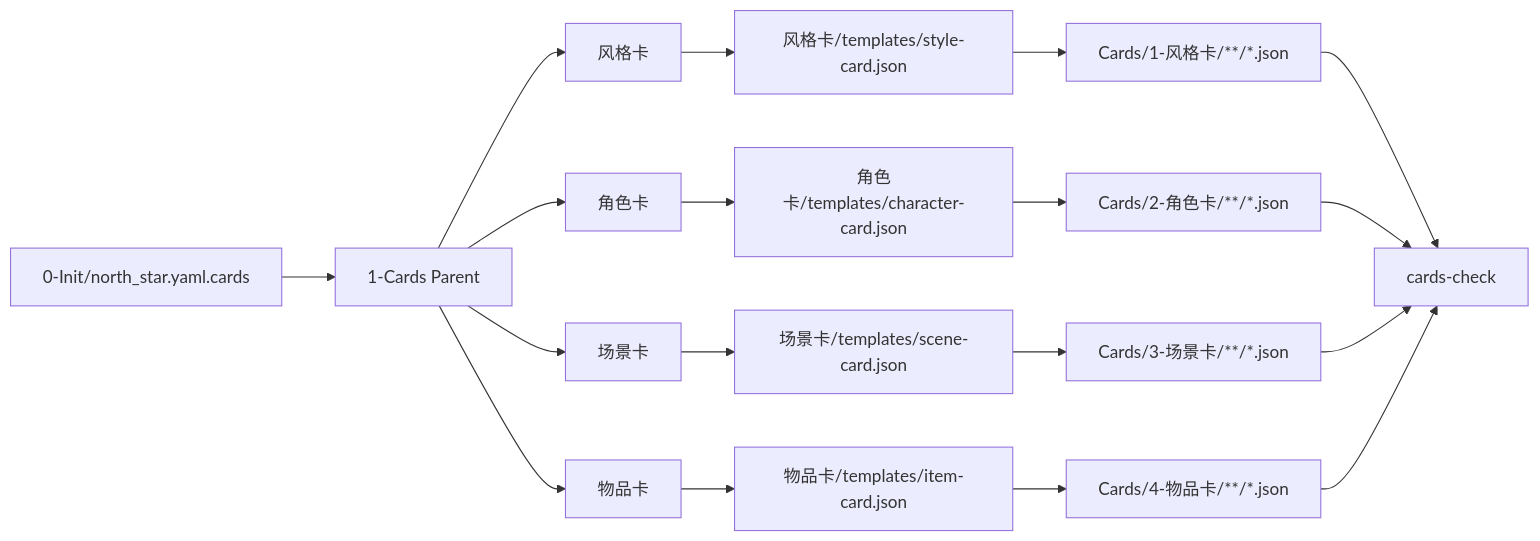
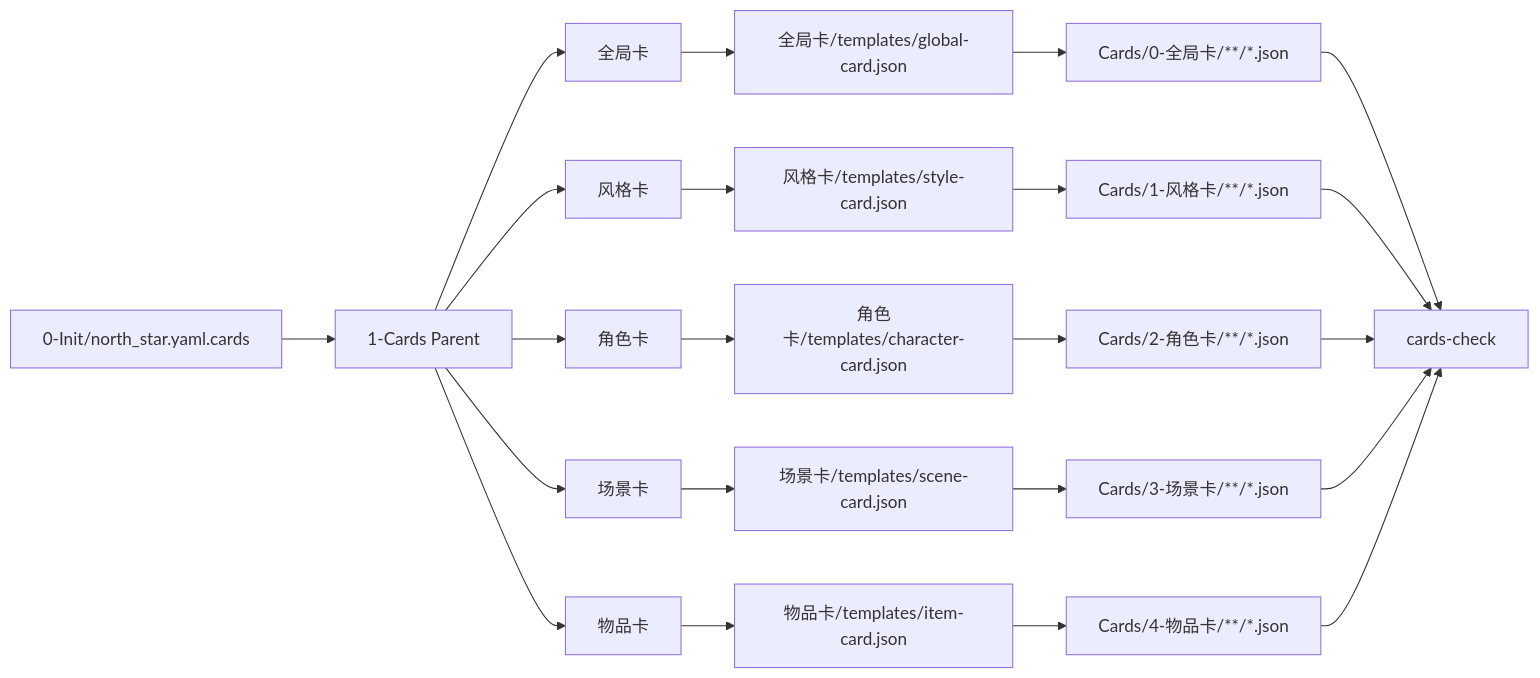
The second of 3 diagrams in .agents/skills/story/1-Cards/SKILL.md (ZEN-VOID/AI-CUT), drawn with Mermaid before and after one commit. The commit also changed other lines of this file and 291 other files, not shown here.

````diff
--- a/.agents/skills/story/1-Cards/SKILL.md
+++ b/.agents/skills/story/1-Cards/SKILL.md
@@ -161,20 +171,24 @@
 ```mermaid
 flowchart LR
     A["0-Init/north_star.yaml.cards"] --> B["1-Cards Parent"]
-    B --> C["风格卡"]
-    B --> D["角色卡"]
-    B --> E["场景卡"]
-    B --> F["物品卡"]
-    C --> G["风格卡/templates/style-card.json"]
-    D --> H["角色卡/templates/character-card.json"]
-    E --> I["场景卡/templates/scene-card.json"]
-    F --> J["物品卡/templates/item-card.json"]
-    G --> K["Cards/1-风格卡/**/*.json"]
-    H --> L["Cards/2-角色卡/**/*.json"]
-    I --> M["Cards/3-场景卡/**/*.json"]
-    J --> N["Cards/4-物品卡/**/*.json"]
-    K --> O["cards-check"]
-    L --> O
-    M --> O
-    N --> O
+    B --> C["全局卡"]
+    B --> D["风格卡"]
+    B --> E["角色卡"]
+    B --> F["场景卡"]
+    B --> G["物品卡"]
+    C --> H["全局卡/templates/global-card.json"]
+    D --> I["风格卡/templates/style-card.json"]
+    E --> J["角色卡/templates/character-card.json"]
+    F --> K["场景卡/templates/scene-card.json"]
+    G --> L["物品卡/templates/item-card.json"]
+    H --> M["Cards/0-全局卡/**/*.json"]
+    I --> N["Cards/1-风格卡/**/*.json"]
+    J --> O["Cards/2-角色卡/**/*.json"]
+    K --> P["Cards/3-场景卡/**/*.json"]
+    L --> Q["Cards/4-物品卡/**/*.json"]
+    M --> R["cards-check"]
+    N --> R
+    O --> R
+    P --> R
+    Q --> R
 ```
````
